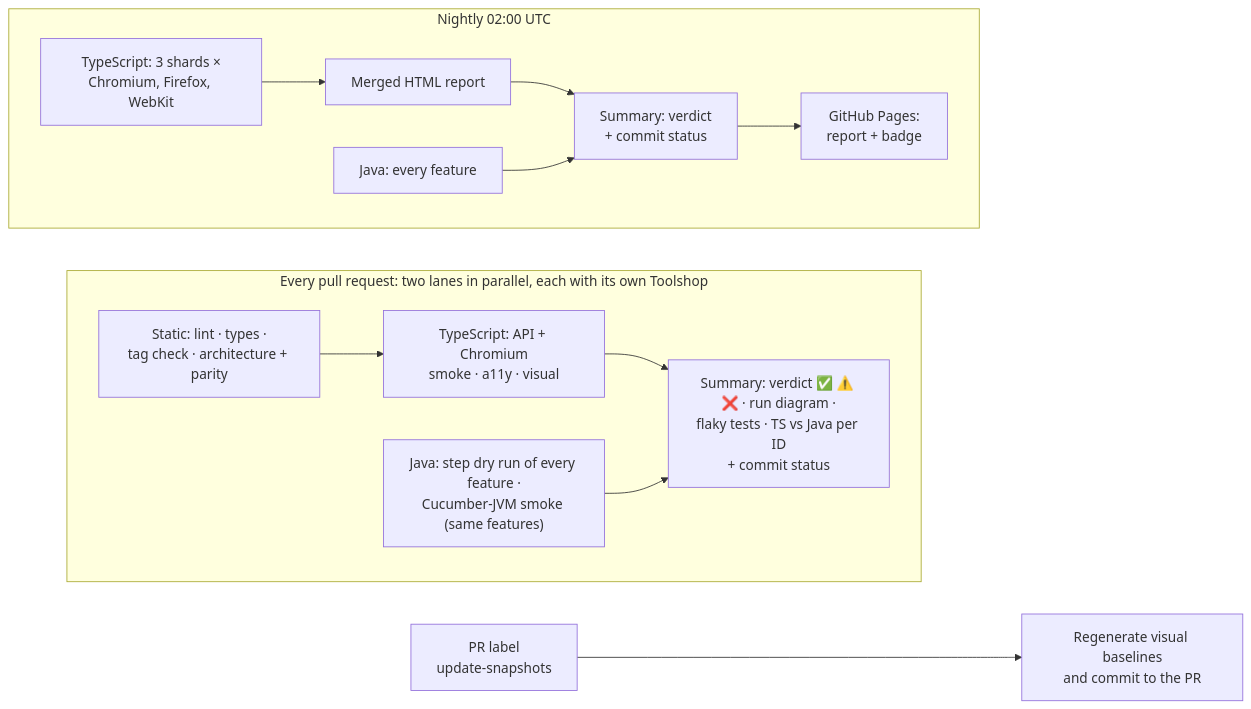
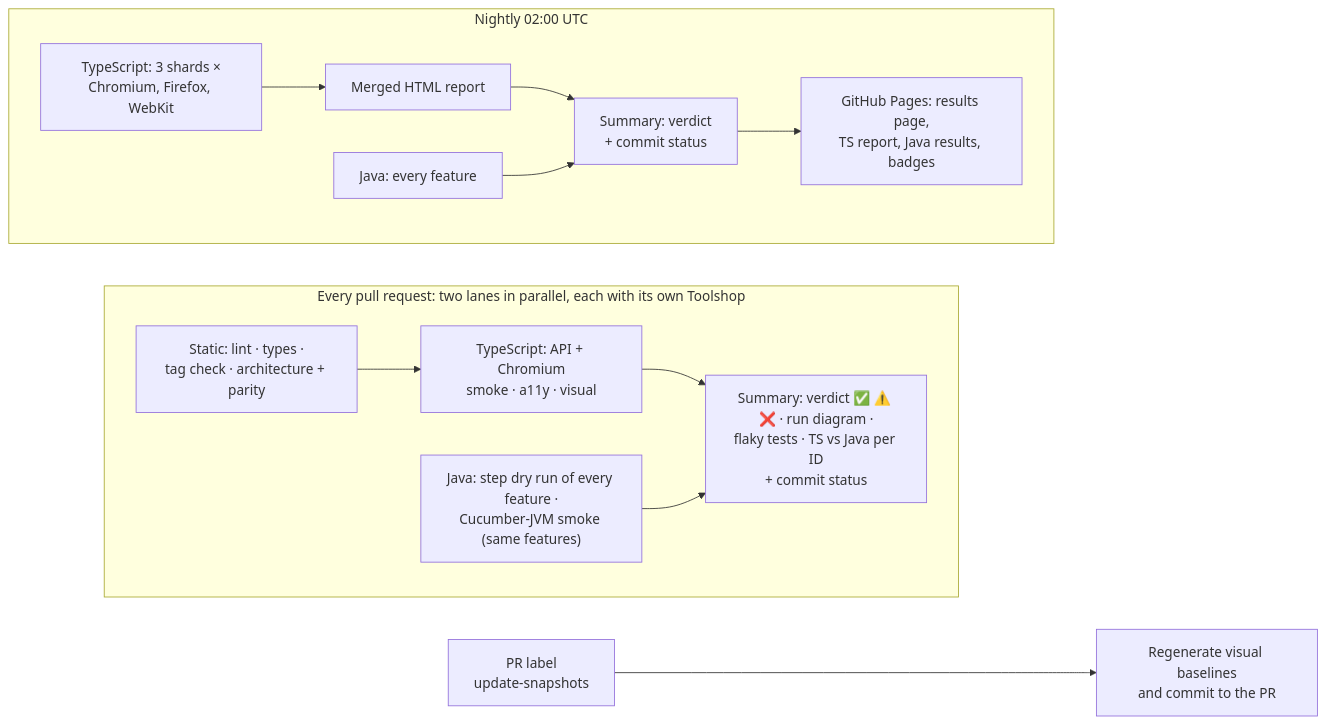
The second of 2 diagrams in README.md (junchunip-hue/playwright-e2e-showcase), drawn with Mermaid before and after one commit. The commit also changed other lines of this file and 11 other files, not shown here.

First line of the commit message:
Pages landing page for both languages; reruns and Java known defects shown

````diff
--- a/README.md
+++ b/README.md
@@ -97,17 +99,17 @@
 ```mermaid
 flowchart LR
   subgraph PR["Every pull request: two lanes in parallel, each with its own Toolshop"]
     direction LR
     S["Static: lint · types ·<br/>tag check · architecture + parity"] --> TS["TypeScript: API + Chromium<br/>smoke · a11y · visual"]
     J["Java: step dry run of every feature ·<br/>Cucumber-JVM smoke (same features)"]
     TS --> SUM["Summary: verdict ✅ ⚠️ ❌ · run diagram ·<br/>flaky tests · TS vs Java per ID<br/>+ commit status"]
     J --> SUM
   end
   subgraph N["Nightly 02:00 UTC"]
     direction LR
     SH["TypeScript: 3 shards ×<br/>Chromium, Firefox, WebKit"] --> M["Merged HTML report"] --> NS["Summary: verdict<br/>+ commit status"]
     NJ["Java: every feature"] --> NS
-    NS --> P["GitHub Pages:<br/>report + badge"]
+    NS --> P["GitHub Pages: results page,<br/>TS report, Java results, badges"]
   end
   L["PR label<br/>update-snapshots"] --> B["Regenerate visual baselines<br/>and commit to the PR"]
 ```
````
